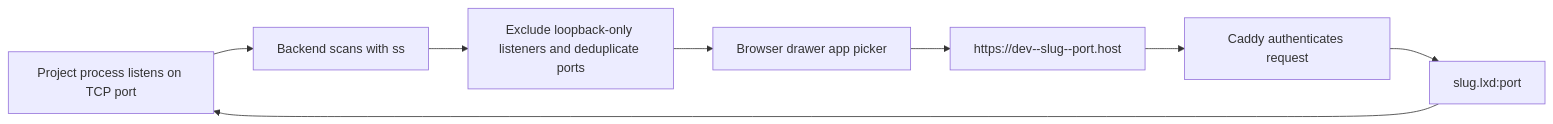
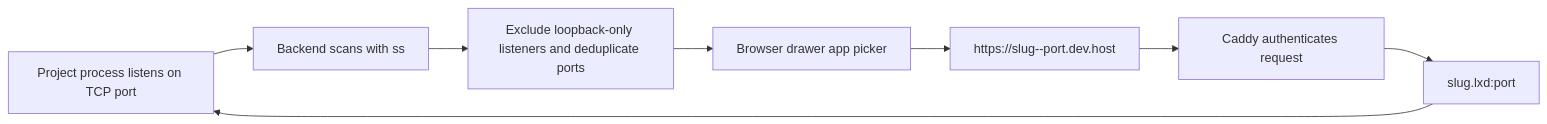
The first of 7 diagrams in docs/03-platform/06-previews-and-browser.md (AbdallahMohamedDotnet/remote.futrx), drawn with Mermaid before and after one commit. The commit also changed other lines of this file and 47 other files, not shown here.

````diff
--- a/docs/03-platform/06-previews-and-browser.md
+++ b/docs/03-platform/06-previews-and-browser.md
@@ -12,10 +12,10 @@
 ```mermaid
 flowchart LR
     App["Project process listens on TCP port"] --> Scan["Backend scans with ss"]
     Scan --> Filter["Exclude loopback-only listeners and deduplicate ports"]
     Filter --> Picker["Browser drawer app picker"]
-    Picker --> URL["https://dev--slug--port.host"]
+    Picker --> URL["https://slug--port.dev.host"]
     URL --> Caddy["Caddy authenticates request"]
     Caddy --> DNS["slug.lxd:port"]
     DNS --> App
 ```
````
